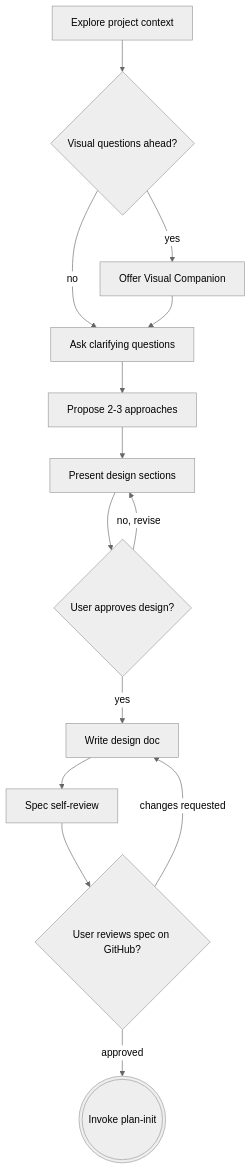
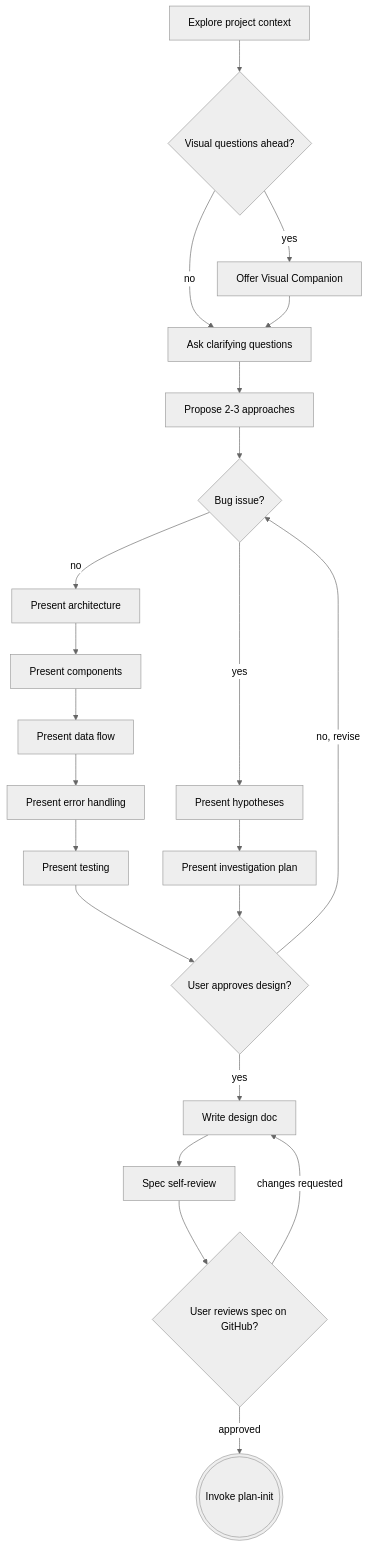
One commit to 0k-software/.github changed the diagram in 0k/skills/refine/SKILL.md. Above: the diagram before and after it, drawn with Mermaid (neutral theme). The commit also changed 1 other file, not shown here.

Commit message:
feat(refine): update process flow diagram with bug vs feature tracks
Replaces the single "Present design sections" node in the mermaid diagram
with parallel tracks — feature issues flow through the five design section
nodes (architecture → components → data flow → error handling → testing)
while bug issues branch to hypotheses → investigation plan — both
converging at the "User approves design?" gate.

````diff
--- a/0k/skills/refine/SKILL.md
+++ b/0k/skills/refine/SKILL.md
@@ -61,16 +61,24 @@
 ```mermaid
 flowchart TD
     A[Explore project context] --> B{Visual questions ahead?}
     B -->|yes| C[Offer Visual Companion]
     B -->|no| D[Ask clarifying questions]
     C --> D
     D --> E[Propose 2-3 approaches]
-    E --> F[Present design sections]
-    F --> G{User approves design?}
+    E --> F{Bug issue?}
+    F -->|no| F1[Present architecture]
+    F1 --> F2[Present components]
+    F2 --> F3[Present data flow]
+    F3 --> F4[Present error handling]
+    F4 --> F5[Present testing]
+    F -->|yes| B1[Present hypotheses]
+    B1 --> B2[Present investigation plan]
+    F5 --> G{User approves design?}
+    B2 --> G
     G -->|no, revise| F
     G -->|yes| H[Write design doc]
     H --> I[Spec self-review]
     I --> J{User reviews spec on GitHub?}
     J -->|changes requested| H
     J -->|approved| K(((Invoke plan-init)))
 ```
````
